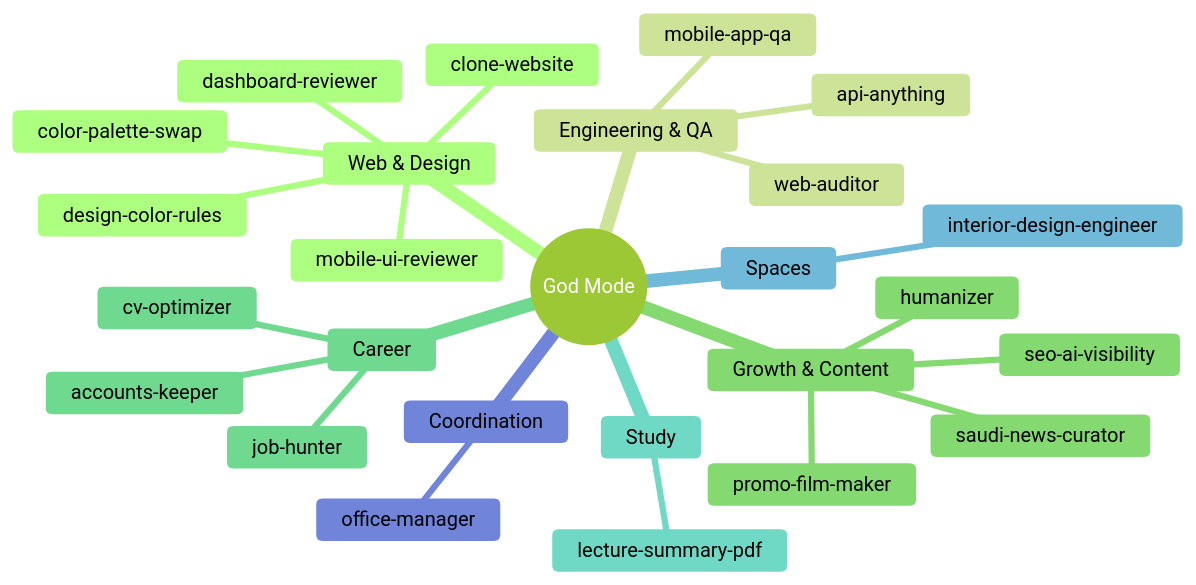
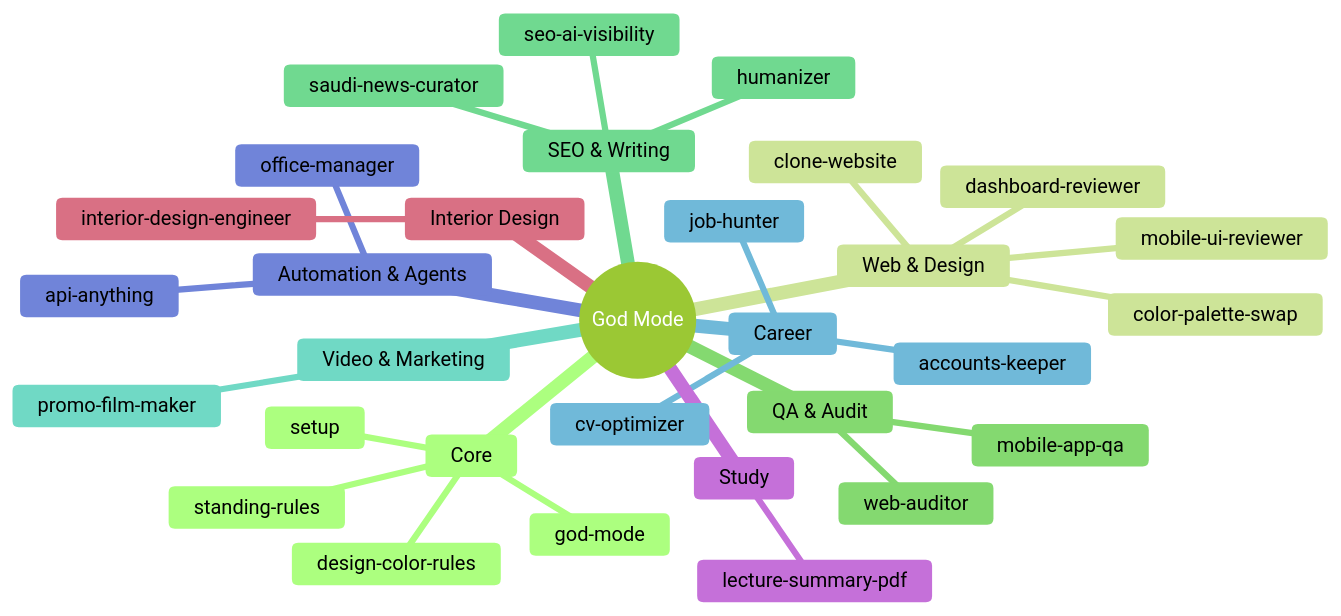
One commit to Eng-Kirolos-Ehab/god-mode changed the third of 3 diagrams in README.md. Above: the diagram before and after it, drawn with Mermaid (forest theme). The commit also changed other lines of this file and 22 other files, not shown here.

First line of the commit message:
God Mode 2.0.0: practical descriptions, ask-first intake, skill map by category

````diff
--- a/README.md
+++ b/README.md
@@ -183,29 +188,34 @@
 ```mermaid
 mindmap
   root((God Mode))
+    Core
+      god-mode
+      setup
+      standing-rules
+      design-color-rules
     Web & Design
       clone-website
       color-palette-swap
-      design-color-rules
       mobile-ui-reviewer
       dashboard-reviewer
-    Engineering & QA
+    QA & Audit
       mobile-app-qa
       web-auditor
-      api-anything
-    Growth & Content
+    SEO & Writing
       seo-ai-visibility
-      promo-film-maker
       humanizer
       saudi-news-curator
+    Video & Marketing
+      promo-film-maker
     Career
       cv-optimizer
       job-hunter
       accounts-keeper
+    Automation & Agents
+      api-anything
+      office-manager
     Study
       lecture-summary-pdf
-    Spaces
+    Interior Design
       interior-design-engineer
-    Coordination
-      office-manager
 ```
````
